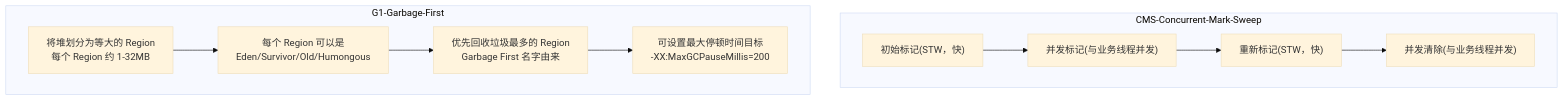
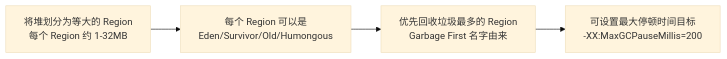
One commit to b1tzer/b1tzer.github.io changed the fifth of 6 diagrams in 01-java-basic/04-JVM内存结构与GC.md. Above: the diagram before and after it, drawn with Mermaid (base theme). The commit also changed other lines of this file and 1 other file, not shown here.

Commit message:
fix: 修复 Stream 流程图 mermaid 语法错误

````diff
--- a/01-java-basic/04-JVM内存结构与GC.md
+++ b/01-java-basic/04-JVM内存结构与GC.md
@@ -124,18 +133,4 @@
 ```mermaid
-flowchart TD
-    subgraph CMS-Concurrent-Mark-Sweep
-        C1["初始标记(STW，快)"]
-        C2["并发标记(与业务线程并发)"]
-        C3["重新标记(STW，快)"]
-        C4["并发清除(与业务线程并发)"]
-        C1 --> C2 --> C3 --> C4
-    end
-
-    subgraph G1-Garbage-First
-        GA["将堆划分为等大的 Region<br/>每个 Region 约 1-32MB"]
-        GB["每个 Region 可以是<br/>Eden/Survivor/Old/Humongous"]
-        GC["优先回收垃圾最多的 Region<br/>Garbage First 名字由来"]
-        GD["可设置最大停顿时间目标<br/>-XX:MaxGCPauseMillis=200"]
-        GA --> GB --> GC --> GD
-    end
+flowchart LR
+    GA["将堆划分为等大的 Region<br/>每个 Region 约 1-32MB"] --> GB["每个 Region 可以是<br/>Eden/Survivor/Old/Humongous"] --> GC["优先回收垃圾最多的 Region<br/>Garbage First 名字由来"] --> GD["可设置最大停顿时间目标<br/>-XX:MaxGCPauseMillis=200"]
 ```
````
